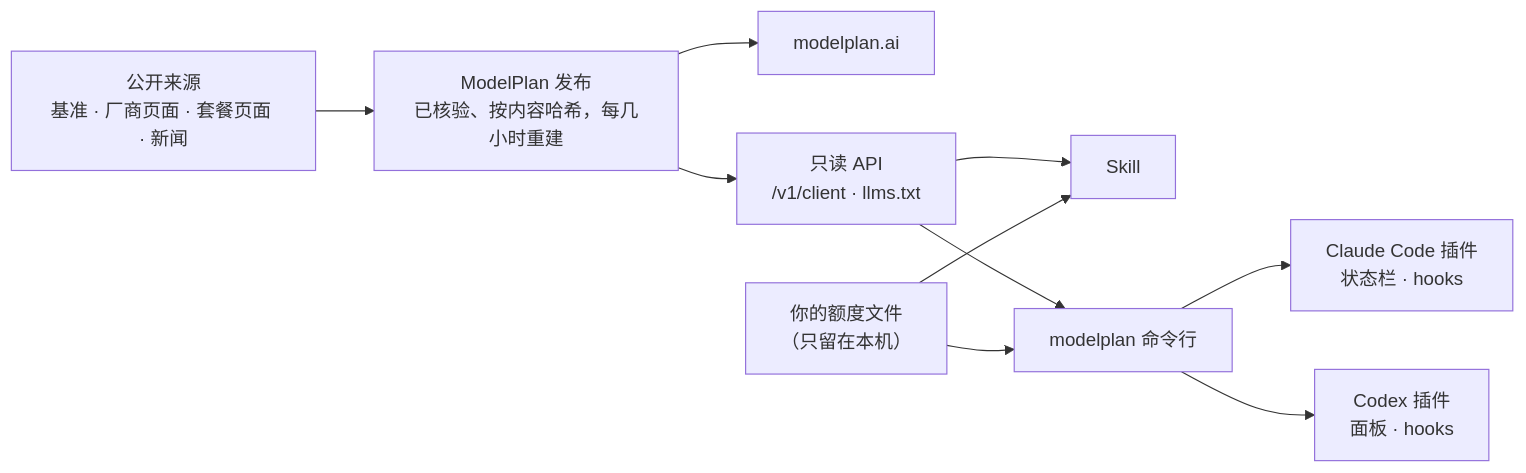
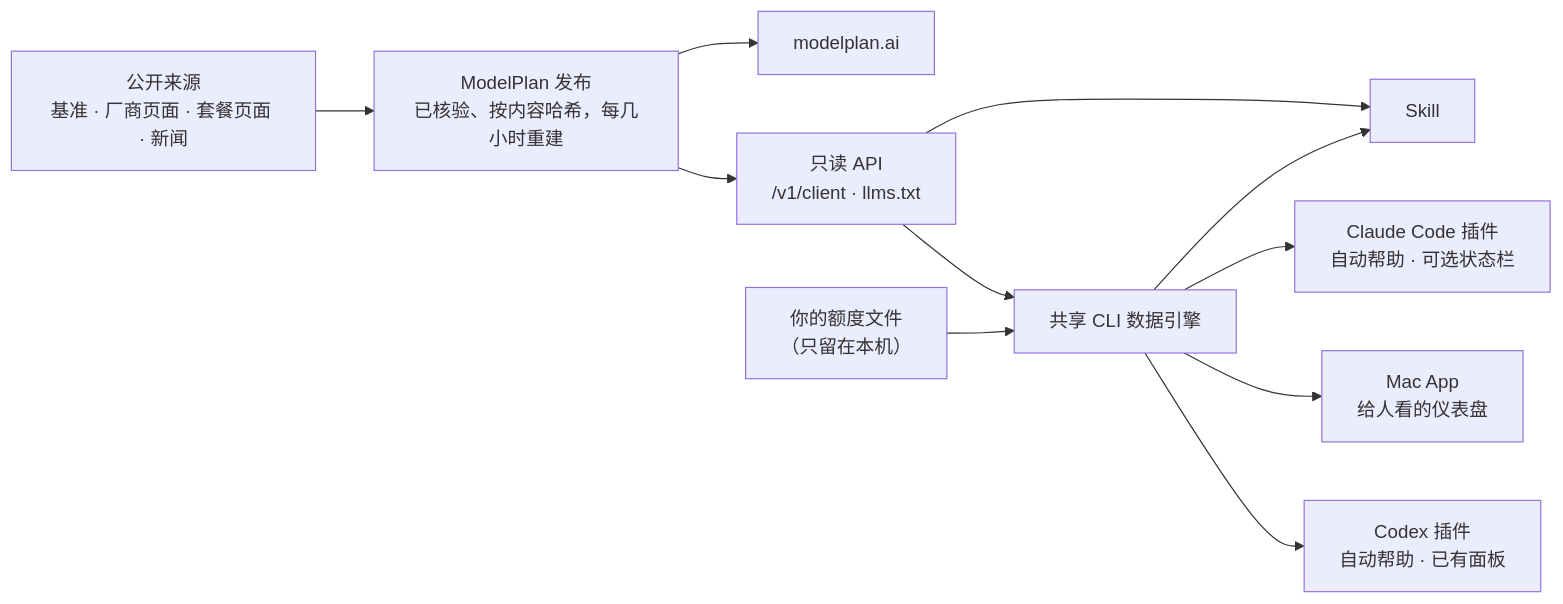
Before and after one commit to modelplan/modelplan: the diagram in README.zh-CN.md, drawn with Mermaid. The commit also changed other lines of this file and 6 other files, not shown here.

Commit message:
Docs: lead with App, plugins and Skill; mark standalone CLI advanced

````diff
--- a/README.zh-CN.md
+++ b/README.zh-CN.md
@@ -151,12 +144,13 @@
 ```mermaid
 flowchart LR
   S["公开来源<br/>基准 · 厂商页面 · 套餐页面 · 新闻"] --> P["ModelPlan 发布<br/>已核验、按内容哈希，每几小时重建"]
   P --> W["modelplan.ai"]
   P --> A["只读 API<br/>/v1/client · llms.txt"]
   A --> K["Skill"]
-  A --> C["modelplan 命令行"]
-  C --> CC["Claude Code 插件<br/>状态栏 · hooks"]
-  C --> CX["Codex 插件<br/>面板 · hooks"]
+  A --> C["共享 CLI 数据引擎"]
+  C --> CC["Claude Code 插件<br/>自动帮助 · 可选状态栏"]
+  C --> M["Mac App<br/>给人看的仪表盘"]
+  C --> CX["Codex 插件<br/>自动帮助 · 已有面板"]
   Q["你的额度文件<br/>（只留在本机）"] --> C
-  Q --> K
+  C --> K
 ```
````
